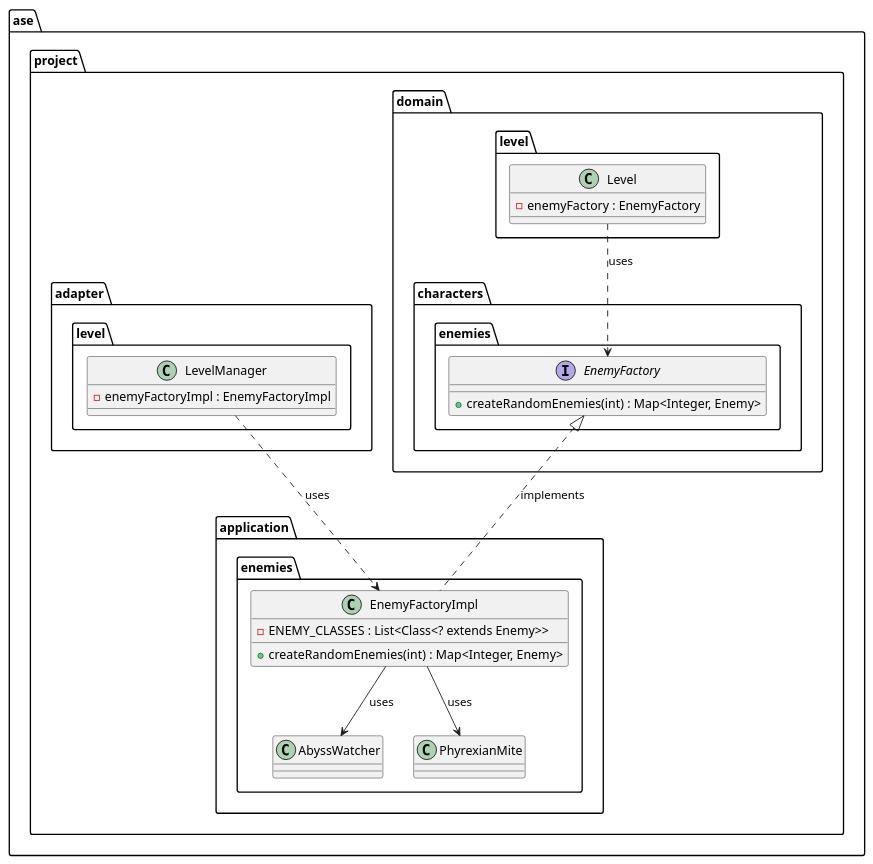
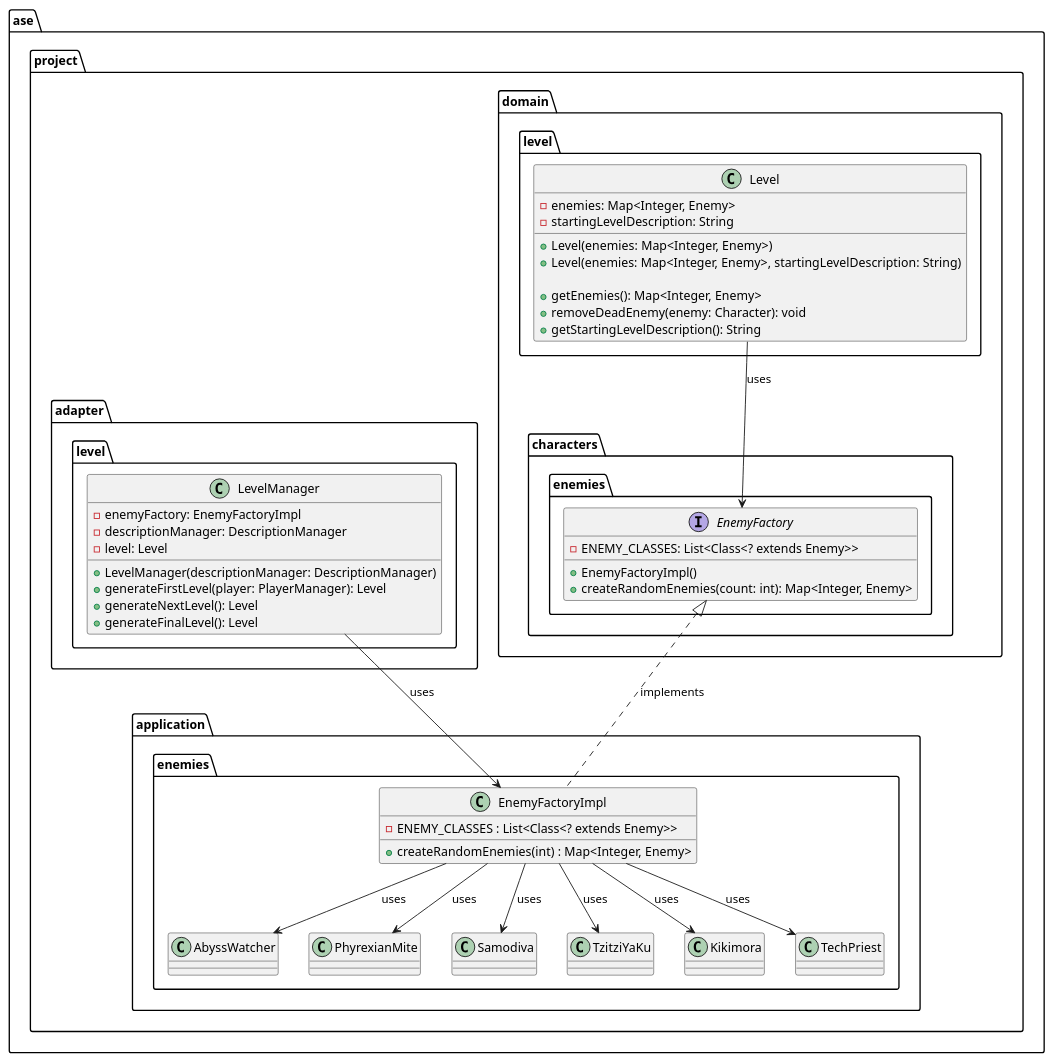
Before and after one commit to MonikaG14/ase-textbased-rpg: the diagram in _uml.diagrams/EnemyFactoryImpl.puml, drawn with PlantUML. The commit also changed 8 other files, not shown here.

Commit message:
add missing attribute, methods and constructors to the UML diagrams

```diff
--- a/_uml.diagrams/EnemyFactoryImpl.puml
+++ b/_uml.diagrams/EnemyFactoryImpl.puml
@@ -1,36 +1,62 @@
 @startuml
 
 package "ase.project.domain.characters.enemies" {
     interface EnemyFactory {
-        +createRandomEnemies(int) : Map<Integer, Enemy>
+            - ENEMY_CLASSES: List<Class<? extends Enemy>>
+
+            + EnemyFactoryImpl()
+            + createRandomEnemies(count: int): Map<Integer, Enemy>
     }
 }
 
 package "ase.project.domain.level" {
     class Level {
-        -enemyFactory : EnemyFactory
+            - enemies: Map<Integer, Enemy>
+            - startingLevelDescription: String
+
+            + Level(enemies: Map<Integer, Enemy>)
+            + Level(enemies: Map<Integer, Enemy>, startingLevelDescription: String)
+
+            + getEnemies(): Map<Integer, Enemy>
+            + removeDeadEnemy(enemy: Character): void
+            + getStartingLevelDescription(): String
     }
 }
 
 package "ase.project.application.enemies" {
     class EnemyFactoryImpl {
         -ENEMY_CLASSES : List<Class<? extends Enemy>>
         +createRandomEnemies(int) : Map<Integer, Enemy>
     }
     class AbyssWatcher
     class PhyrexianMite
+    class Samodiva
+    class TzitziYaKu
+    class Kikimora
+    class TechPriest
 }
 
 package "ase.project.adapter.level" {
     class LevelManager {
-        -enemyFactoryImpl : EnemyFactoryImpl
+            - enemyFactory: EnemyFactoryImpl
+            - descriptionManager: DescriptionManager
+            - level: Level
+
+            + LevelManager(descriptionManager: DescriptionManager)
+            + generateFirstLevel(player: PlayerManager): Level
+            + generateNextLevel(): Level
+            + generateFinalLevel(): Level
     }
 }
 
-LevelManager .down.> EnemyFactoryImpl : uses
-Level .down.> EnemyFactory : uses
+LevelManager -down-> EnemyFactoryImpl : uses
+Level -down-> EnemyFactory : uses
 EnemyFactoryImpl .up.|> EnemyFactory : implements
 EnemyFactoryImpl --> AbyssWatcher : uses
 EnemyFactoryImpl --> PhyrexianMite : uses
+EnemyFactoryImpl --> Samodiva : uses
+EnemyFactoryImpl --> Kikimora : uses
+EnemyFactoryImpl --> TzitziYaKu : uses
+EnemyFactoryImpl --> TechPriest : uses
 
 @enduml
```
